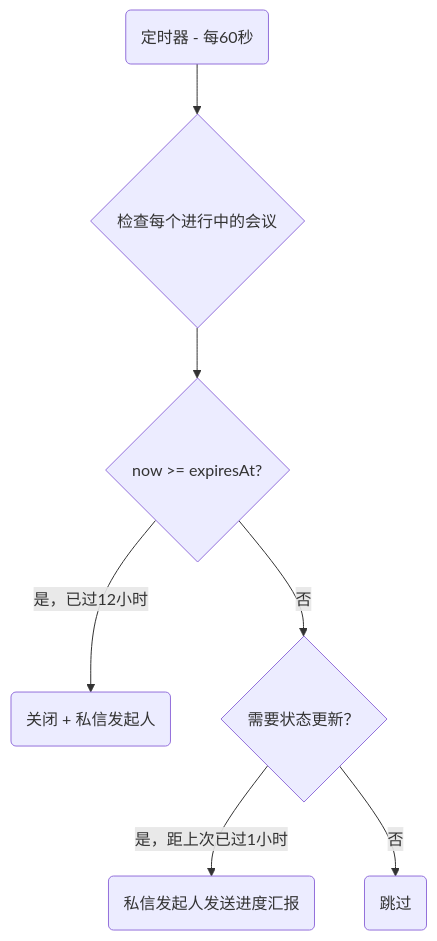
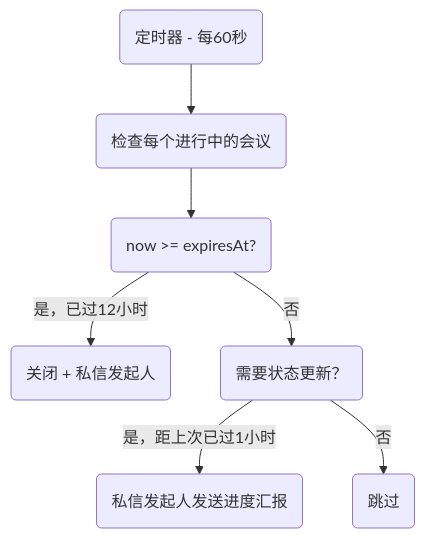
The sixth of 7 diagrams in README.zh-CN.md (javana3/claw_meeting_all), drawn with Mermaid before and after one commit. The commit also changed other lines of this file and 4 other files, not shown here.

First line of the commit message:
docs: round all diagram nodes and update colors across 5 languages

````diff
--- a/README.zh-CN.md
+++ b/README.zh-CN.md
@@ -157,9 +157,9 @@
 ```mermaid
 graph TD
-    A(定时器 - 每60秒) --> B{检查每个进行中的会议}
-    B --> C{now >= expiresAt?}
+    A(定时器 - 每60秒) --> B(检查每个进行中的会议)
+    B --> C(now >= expiresAt?)
     C -->|是，已过12小时| D(关闭 + 私信发起人)
-    C -->|否| E{需要状态更新？}
+    C -->|否| E(需要状态更新？)
     E -->|是，距上次已过1小时| F(私信发起人发送进度汇报)
     E -->|否| G(跳过)
 ```
````
